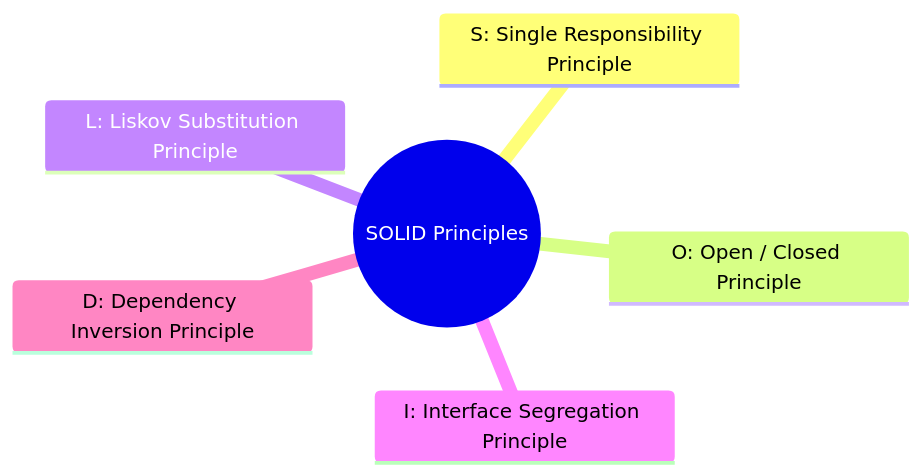
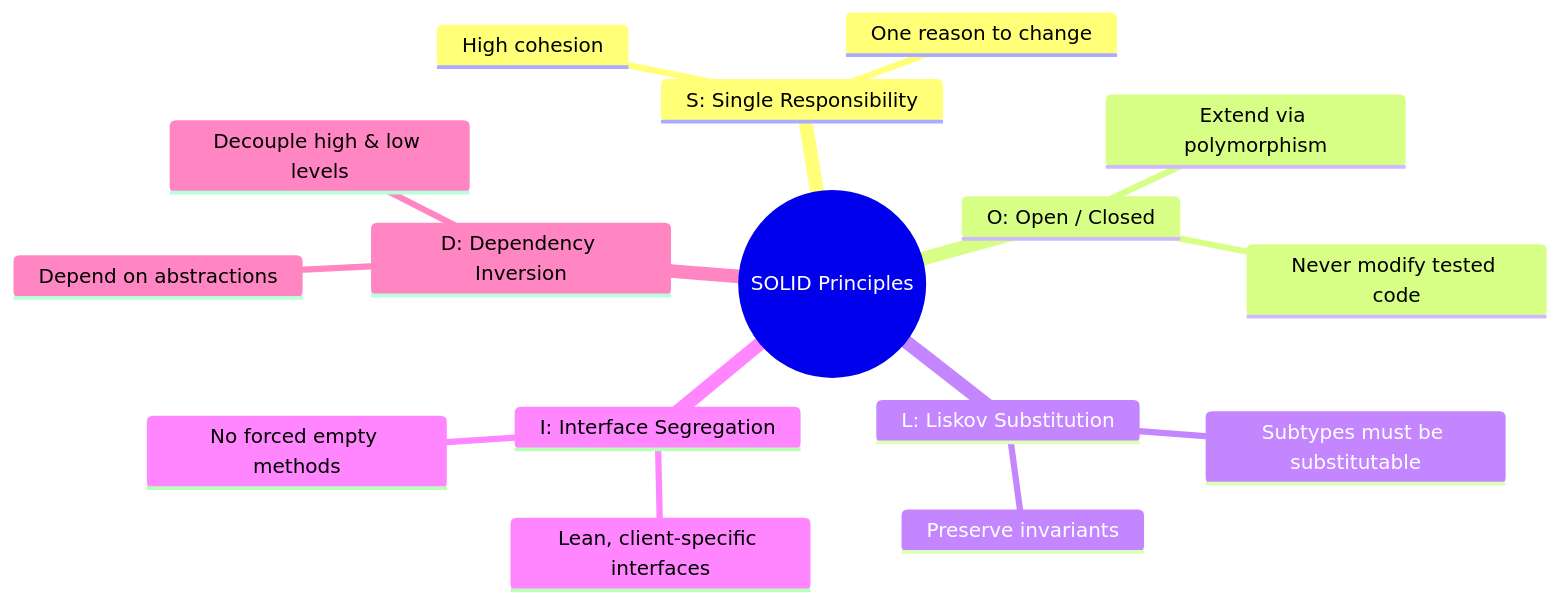
One commit to rohithgowda18/Notes changed the first of 4 diagrams in 04-OOPs-and-Design-Patterns/02-SOLID-Principles/05-SOLID-Design-Principles-Part-1.md. Above: the diagram before and after it, drawn with Mermaid. The commit also changed other lines of this file and 17 other files, not shown here.

Commit message:
docs(lld): enrich notes with deep architectural analysis, diagrams, anti-patterns & code

````diff
--- a/04-OOPs-and-Design-Patterns/02-SOLID-Principles/05-SOLID-Design-Principles-Part-1.md
+++ b/04-OOPs-and-Design-Patterns/02-SOLID-Principles/05-SOLID-Design-Principles-Part-1.md
@@ -11,9 +13,19 @@
 ```mermaid
 mindmap
   root((SOLID Principles))
-    S: Single Responsibility Principle
-    O: Open / Closed Principle
-    L: Liskov Substitution Principle
-    I: Interface Segregation Principle
-    D: Dependency Inversion Principle
+    S: Single Responsibility
+      One reason to change
+      High cohesion
+    O: Open / Closed
+      Extend via polymorphism
+      Never modify tested code
+    L: Liskov Substitution
+      Subtypes must be substitutable
+      Preserve invariants
+    I: Interface Segregation
+      Lean, client-specific interfaces
+      No forced empty methods
+    D: Dependency Inversion
+      Depend on abstractions
+      Decouple high & low levels
 ```
````
